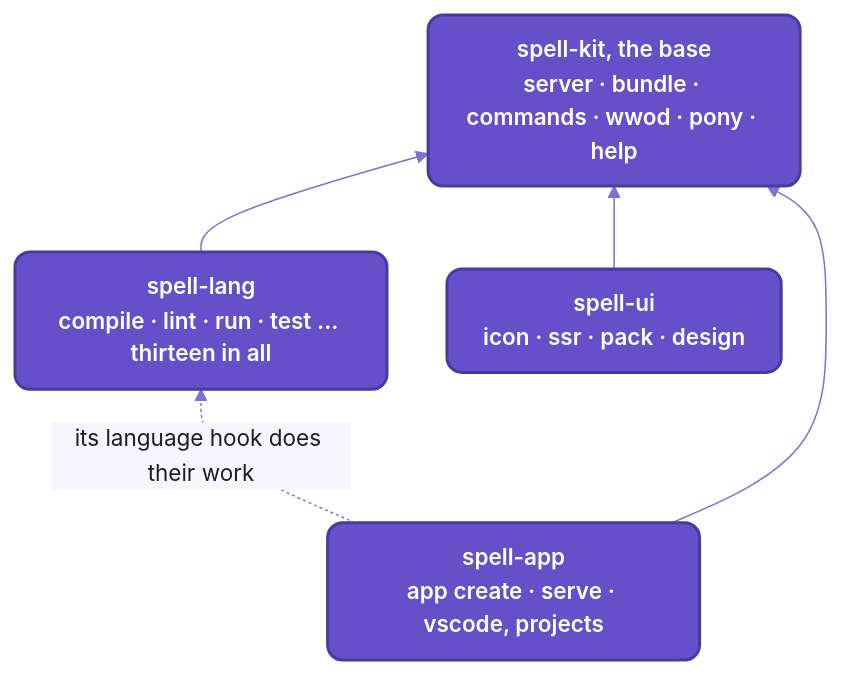
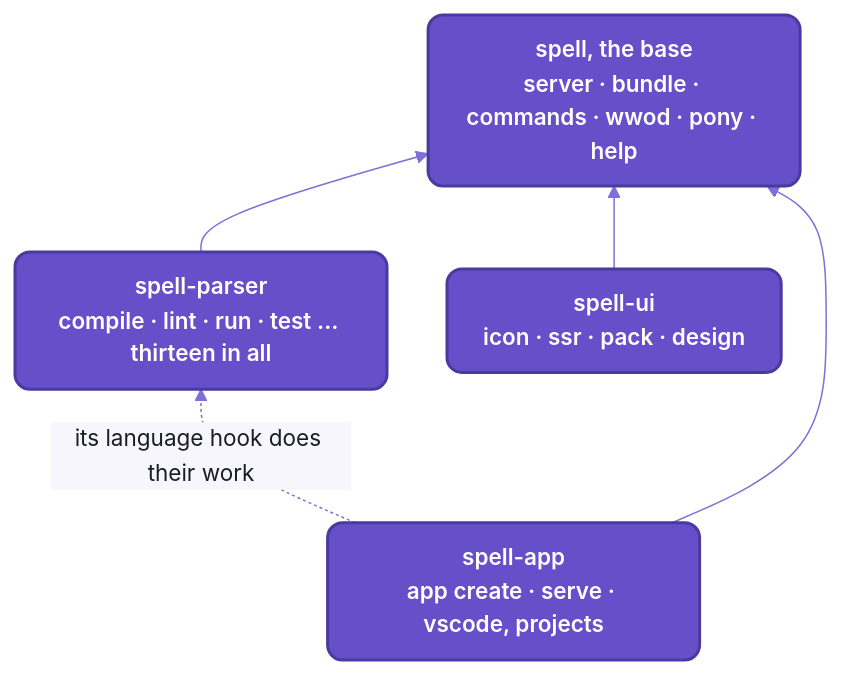
One commit to spell-app/spell changed the diagram in README-cli.md. Above: the diagram before and after it, drawn with Mermaid. The commit also changed other lines of this file and 225 other files, not shown here.

````diff
--- a/README-cli.md
+++ b/README-cli.md
@@ -156,13 +156,13 @@
 ```mermaid
 %%{init: {"theme":"base","themeVariables":{"fontFamily":"-apple-system, BlinkMacSystemFont, Segoe UI, Helvetica, Arial, sans-serif","fontSize":"15px","primaryColor":"#EFECFB","primaryBorderColor":"#6550CA","primaryTextColor":"#1A1C27","secondaryColor":"#F4F1E9","tertiaryColor":"#F7F6FC","lineColor":"#7F6FD6","textColor":"#7F6FD6","clusterBkg":"#F7F6FC","clusterBorder":"#B9B0E8","titleColor":"#1A1C27","edgeLabelBackground":"#F7F6FC","actorBkg":"#EFECFB","actorBorder":"#6550CA","actorTextColor":"#1A1C27","actorLineColor":"#9C90DE","signalColor":"#7F6FD6","signalTextColor":"#7F6FD6","labelBoxBkgColor":"#EFECFB","labelBoxBorderColor":"#6550CA","labelTextColor":"#1A1C27","loopTextColor":"#7F6FD6","noteBkgColor":"#F1E7D4","noteBorderColor":"#C9B48A","noteTextColor":"#1A1C27","activationBkgColor":"#DCD6F7","activationBorderColor":"#6550CA","sequenceNumberColor":"#FFFFFF"},"flowchart":{"curve":"basis","padding":12,"nodeSpacing":40,"rankSpacing":44}}}%%
 flowchart BT
-  base["spell-kit, the base<br/>server · bundle · commands · wwod · pony · help"]
-  lang["spell-lang<br/>compile · lint · run · test ... thirteen in all"] --> base
+  base["spell, the base<br/>server · bundle · commands · wwod · pony · help"]
+  lang["spell-parser<br/>compile · lint · run · test ... thirteen in all"] --> base
   ui["spell-ui<br/>icon · ssr · pack · design"] --> base
   app["spell-app<br/>app create · serve · vscode, projects"] --> base
   app -. "its language hook does their work" .-> lang
   %% the Spell look:  yarn mermaid:pretty
   classDef default fill:#EFECFB,stroke:#6550CA,stroke-width:1.5px,color:#1A1C27,rx:8px,ry:8px
   classDef repo fill:#6550CA,stroke:#4A3AA0,stroke-width:2px,color:#FFFFFF,rx:10px,ry:10px,font-weight:600
   class base,lang,ui,app repo
 ```
````
